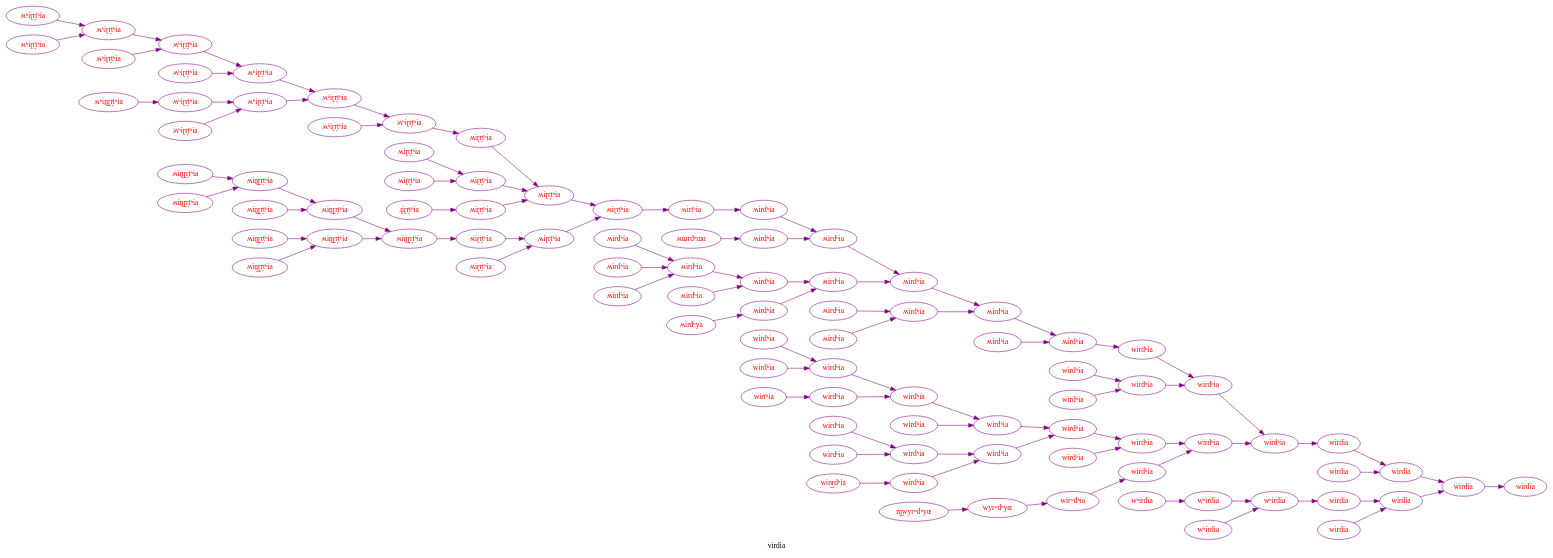
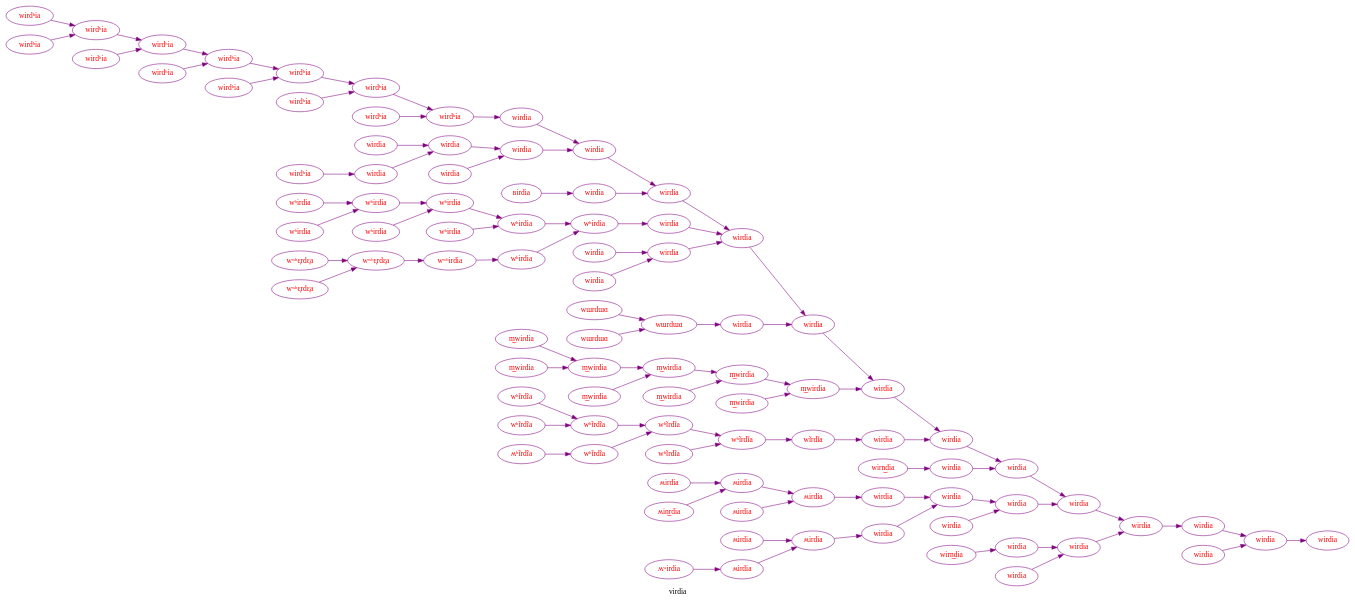
The diagram in graphe.dot (MathieuDehouck/Language_Evolution), drawn with Graphviz before and after one commit. The commit also changed 6 other files, not shown here.

```diff
--- a/graphe.dot
+++ b/graphe.dot
@@ -5,191 +5,191 @@
 edge [style="solid", color="purple"];
 0 [label="wirdia", fillcolor= white, color="purple",  fontcolor="red"];
 1 [label="wirdia", fillcolor= white, color="purple",  fontcolor="red"];
-2 [label="wirdʰia", fillcolor= white, color="purple",  fontcolor="red"];
+2 [label="wirdia", fillcolor= white, color="purple",  fontcolor="red"];
 3 [label="wirdia", fillcolor= white, color="purple",  fontcolor="red"];
-4 [label="wirdʰia", fillcolor= white, color="purple",  fontcolor="red"];
-5 [label="ʍirdʰia", fillcolor= white, color="purple",  fontcolor="red"];
-6 [label="wirdʰia", fillcolor= white, color="purple",  fontcolor="red"];
-7 [label="ʍirdʰia", fillcolor= white, color="purple",  fontcolor="red"];
-8 [label="ʍirdʰia", fillcolor= white, color="purple",  fontcolor="red"];
-9 [label="ʍirdʰia", fillcolor= white, color="purple",  fontcolor="red"];
-10 [label="ʍiɽr̟tʰia", fillcolor= white, color="purple",  fontcolor="red"];
-11 [label="ʍirtʰia", fillcolor= white, color="purple",  fontcolor="red"];
-12 [label="ʍirdʰia", fillcolor= white, color="purple",  fontcolor="red"];
-13 [label="ʍiɽr̟tʰia", fillcolor= white, color="purple",  fontcolor="red"];
-14 [label="ʍʰiɽr̟tʰia", fillcolor= white, color="purple",  fontcolor="red"];
-15 [label="ʍiɽr̟tʰia", fillcolor= white, color="purple",  fontcolor="red"];
-16 [label="ʍʰiɽr̟tʰia", fillcolor= white, color="purple",  fontcolor="red"];
-17 [label="ʍʰiɽr̟tʰia", fillcolor= white, color="purple",  fontcolor="red"];
-18 [label="ʍʰiɽr̟tʰia", fillcolor= white, color="purple",  fontcolor="red"];
-19 [label="ʍʰiɽr̟tʰia", fillcolor= white, color="purple",  fontcolor="red"];
-20 [label="ʍʰiɽr̟tʰia", fillcolor= white, color="purple",  fontcolor="red"];
-21 [label="ʍiɽr̟tʰia", fillcolor= white, color="purple",  fontcolor="red"];
-22 [label="ʍiɽr̟tʰia", fillcolor= white, color="purple",  fontcolor="red"];
-23 [label="ʍin̠͜ɽr̟tʰia", fillcolor= white, color="purple",  fontcolor="red"];
-24 [label="ʍiɽr̟tʰia", fillcolor= white, color="purple",  fontcolor="red"];
-25 [label="ʍin̠͜ɽr̟tʰia", fillcolor= white, color="purple",  fontcolor="red"];
-26 [label="ʍin̠͜ɽr̟tʰia", fillcolor= white, color="purple",  fontcolor="red"];
-27 [label="ʍin̠͜ɽr̟tʰia", fillcolor= white, color="purple",  fontcolor="red"];
-28 [label="ʍirdʰia", fillcolor= white, color="purple",  fontcolor="red"];
-29 [label="ʍirdʰia", fillcolor= white, color="purple",  fontcolor="red"];
-30 [label="ʍirdʰia", fillcolor= white, color="purple",  fontcolor="red"];
-31 [label="ʍirdʰia", fillcolor= white, color="purple",  fontcolor="red"];
-32 [label="wirdʰia", fillcolor= white, color="purple",  fontcolor="red"];
-33 [label="wirdʰia", fillcolor= white, color="purple",  fontcolor="red"];
-34 [label="wirdʰia", fillcolor= white, color="purple",  fontcolor="red"];
-35 [label="wirdʰia", fillcolor= white, color="purple",  fontcolor="red"];
-36 [label="wirdʰia", fillcolor= white, color="purple",  fontcolor="red"];
-37 [label="wirdʰia", fillcolor= white, color="purple",  fontcolor="red"];
-38 [label="wirdʰia", fillcolor= white, color="purple",  fontcolor="red"];
-39 [label="wirdʰia", fillcolor= white, color="purple",  fontcolor="red"];
-40 [label="wirdʰia", fillcolor= white, color="purple",  fontcolor="red"];
+4 [label="wirdia", fillcolor= white, color="purple",  fontcolor="red"];
+5 [label="wirdia", fillcolor= white, color="purple",  fontcolor="red"];
+6 [label="wirdia", fillcolor= white, color="purple",  fontcolor="red"];
+7 [label="wirdia", fillcolor= white, color="purple",  fontcolor="red"];
+8 [label="wirdia", fillcolor= white, color="purple",  fontcolor="red"];
+9 [label="wirdia", fillcolor= white, color="purple",  fontcolor="red"];
+10 [label="wirdia", fillcolor= white, color="purple",  fontcolor="red"];
+11 [label="wirdʰia", fillcolor= white, color="purple",  fontcolor="red"];
+12 [label="wirdia", fillcolor= white, color="purple",  fontcolor="red"];
+13 [label="wirdʰia", fillcolor= white, color="purple",  fontcolor="red"];
+14 [label="wirdʰia", fillcolor= white, color="purple",  fontcolor="red"];
+15 [label="wirdʰia", fillcolor= white, color="purple",  fontcolor="red"];
+16 [label="wirdʰia", fillcolor= white, color="purple",  fontcolor="red"];
+17 [label="wirdʰia", fillcolor= white, color="purple",  fontcolor="red"];
+18 [label="wirdia", fillcolor= white, color="purple",  fontcolor="red"];
+19 [label="wirdia", fillcolor= white, color="purple",  fontcolor="red"];
+20 [label="wʰirdia", fillcolor= white, color="purple",  fontcolor="red"];
+21 [label="wirdia", fillcolor= white, color="purple",  fontcolor="red"];
+22 [label="wʰirdia", fillcolor= white, color="purple",  fontcolor="red"];
+23 [label="wʰirdia", fillcolor= white, color="purple",  fontcolor="red"];
+24 [label="wʰirdia", fillcolor= white, color="purple",  fontcolor="red"];
+25 [label="wʷʰɛ̞rdɛ̞a", fillcolor= white, color="purple",  fontcolor="red"];
+26 [label="wʷʰirdia", fillcolor= white, color="purple",  fontcolor="red"];
+27 [label="wʰirdia", fillcolor= white, color="purple",  fontcolor="red"];
+28 [label="wirdia", fillcolor= white, color="purple",  fontcolor="red"];
+29 [label="wɯrdɯɑ", fillcolor= white, color="purple",  fontcolor="red"];
+30 [label="wirdia", fillcolor= white, color="purple",  fontcolor="red"];
+31 [label="m͜wirdia", fillcolor= white, color="purple",  fontcolor="red"];
+32 [label="m͜wirdia", fillcolor= white, color="purple",  fontcolor="red"];
+33 [label="m͜wirdia", fillcolor= white, color="purple",  fontcolor="red"];
+34 [label="m͜wirdia", fillcolor= white, color="purple",  fontcolor="red"];
+35 [label="wʰĩrdĩa", fillcolor= white, color="purple",  fontcolor="red"];
+36 [label="wĩrdĩa", fillcolor= white, color="purple",  fontcolor="red"];
+37 [label="wirdia", fillcolor= white, color="purple",  fontcolor="red"];
+38 [label="wʰĩrdĩa", fillcolor= white, color="purple",  fontcolor="red"];
+39 [label="wʰĩrdĩa", fillcolor= white, color="purple",  fontcolor="red"];
+40 [label="wirdia", fillcolor= white, color="purple",  fontcolor="red"];
 41 [label="wirdia", fillcolor= white, color="purple",  fontcolor="red"];
-42 [label="wʰirdia", fillcolor= white, color="purple",  fontcolor="red"];
+42 [label="ʍirdia", fillcolor= white, color="purple",  fontcolor="red"];
 43 [label="wirdia", fillcolor= white, color="purple",  fontcolor="red"];
-44 [label="wirdia", fillcolor= white, color="purple",  fontcolor="red"];
-45 [label="ʍʰiɽr̟tʰia", fillcolor= white, color="purple",  fontcolor="red"];
-46 [label="ʍʰiɽr̟tʰia", fillcolor= white, color="purple",  fontcolor="red"];
-47 [label="ʍʰiɽr̟tʰia", fillcolor= white, color="purple",  fontcolor="red"];
-48 [label="ʍʰiɽr̟tʰia", fillcolor= white, color="purple",  fontcolor="red"];
-49 [label="ʍʰin̠͜ɽr̟tʰia", fillcolor= white, color="purple",  fontcolor="red"];
-50 [label="ʍʰiɽr̟tʰia", fillcolor= white, color="purple",  fontcolor="red"];
-51 [label="ʍʰiɽr̟tʰia", fillcolor= white, color="purple",  fontcolor="red"];
-52 [label="ʍʰiɽr̟tʰia", fillcolor= white, color="purple",  fontcolor="red"];
-53 [label="ʍiɽr̟tʰia", fillcolor= white, color="purple",  fontcolor="red"];
-54 [label="ʍiɽr̟tʰia", fillcolor= white, color="purple",  fontcolor="red"];
-55 [label="ɹ̥̟iɽr̟tʰia", fillcolor= white, color="purple",  fontcolor="red"];
-56 [label="ʍiɽr̟tʰia", fillcolor= white, color="purple",  fontcolor="red"];
-57 [label="ʍin̠͜ɽr̟tʰia", fillcolor= white, color="purple",  fontcolor="red"];
-58 [label="ʍin̠͜ɽr̟tʰia", fillcolor= white, color="purple",  fontcolor="red"];
-59 [label="ʍin̠͜ɽr̟tʰia", fillcolor= white, color="purple",  fontcolor="red"];
-60 [label="ʍin̠͜ɽr̟tʰia", fillcolor= white, color="purple",  fontcolor="red"];
-61 [label="ʍin̠͜ɽr̟tʰia", fillcolor= white, color="purple",  fontcolor="red"];
-62 [label="ʍiɽr̟tʰia", fillcolor= white, color="purple",  fontcolor="red"];
-63 [label="ʍɯrdʰɯɑ", fillcolor= white, color="purple",  fontcolor="red"];
-64 [label="ʍirdʰia", fillcolor= white, color="purple",  fontcolor="red"];
-65 [label="ʍirdʰia", fillcolor= white, color="purple",  fontcolor="red"];
-66 [label="ʍirdʰia", fillcolor= white, color="purple",  fontcolor="red"];
-67 [label="ʍirdʰia", fillcolor= white, color="purple",  fontcolor="red"];
-68 [label="ʍirdʰia", fillcolor= white, color="purple",  fontcolor="red"];
-69 [label="ʍirdʰya", fillcolor= white, color="purple",  fontcolor="red"];
-70 [label="ʍirdʰia", fillcolor= white, color="purple",  fontcolor="red"];
-71 [label="ʍirdʰia", fillcolor= white, color="purple",  fontcolor="red"];
-72 [label="ʍirdʰia", fillcolor= white, color="purple",  fontcolor="red"];
-73 [label="ʍirdʰia", fillcolor= white, color="purple",  fontcolor="red"];
-74 [label="wirdʰia", fillcolor= white, color="purple",  fontcolor="red"];
-75 [label="wirdʰia", fillcolor= white, color="purple",  fontcolor="red"];
-76 [label="wirdʰia", fillcolor= white, color="purple",  fontcolor="red"];
-77 [label="wirdʰia", fillcolor= white, color="purple",  fontcolor="red"];
-78 [label="wirtʰia", fillcolor= white, color="purple",  fontcolor="red"];
-79 [label="wirdʰia", fillcolor= white, color="purple",  fontcolor="red"];
-80 [label="wirdʰia", fillcolor= white, color="purple",  fontcolor="red"];
-81 [label="wirdʰia", fillcolor= white, color="purple",  fontcolor="red"];
-82 [label="wirdʰia", fillcolor= white, color="purple",  fontcolor="red"];
-83 [label="win͜rdʰia", fillcolor= white, color="purple",  fontcolor="red"];
-84 [label="wirdʰia", fillcolor= white, color="purple",  fontcolor="red"];
-85 [label="wirdʰia", fillcolor= white, color="purple",  fontcolor="red"];
-86 [label="m͜wyrʷdʰyɶ", fillcolor= white, color="purple",  fontcolor="red"];
-87 [label="wyrʷdʰyɶ", fillcolor= white, color="purple",  fontcolor="red"];
-88 [label="wirʷdʰia", fillcolor= white, color="purple",  fontcolor="red"];
-89 [label="wirdʰia", fillcolor= white, color="purple",  fontcolor="red"];
+44 [label="ʍirdia", fillcolor= white, color="purple",  fontcolor="red"];
+45 [label="ʍirdia", fillcolor= white, color="purple",  fontcolor="red"];
+46 [label="wirdia", fillcolor= white, color="purple",  fontcolor="red"];
+47 [label="wirdia", fillcolor= white, color="purple",  fontcolor="red"];
+48 [label="wirdia", fillcolor= white, color="purple",  fontcolor="red"];
+49 [label="wirdʰia", fillcolor= white, color="purple",  fontcolor="red"];
+50 [label="wirdʰia", fillcolor= white, color="purple",  fontcolor="red"];
+51 [label="wirdʰia", fillcolor= white, color="purple",  fontcolor="red"];
+52 [label="wirdʰia", fillcolor= white, color="purple",  fontcolor="red"];
+53 [label="wirdʰia", fillcolor= white, color="purple",  fontcolor="red"];
+54 [label="wirdʰia", fillcolor= white, color="purple",  fontcolor="red"];
+55 [label="wirdʰia", fillcolor= white, color="purple",  fontcolor="red"];
+56 [label="wirdia", fillcolor= white, color="purple",  fontcolor="red"];
+57 [label="wirdʰia", fillcolor= white, color="purple",  fontcolor="red"];
+58 [label="wirdia", fillcolor= white, color="purple",  fontcolor="red"];
+59 [label="wirdia", fillcolor= white, color="purple",  fontcolor="red"];
+60 [label="ʙirdia", fillcolor= white, color="purple",  fontcolor="red"];
+61 [label="wirdia", fillcolor= white, color="purple",  fontcolor="red"];
+62 [label="wʰirdia", fillcolor= white, color="purple",  fontcolor="red"];
+63 [label="wʰirdia", fillcolor= white, color="purple",  fontcolor="red"];
+64 [label="wʰirdia", fillcolor= white, color="purple",  fontcolor="red"];
+65 [label="wʰirdia", fillcolor= white, color="purple",  fontcolor="red"];
+66 [label="wʷʰɛ̞rdɛ̞a", fillcolor= white, color="purple",  fontcolor="red"];
+67 [label="wʷʰɛ̞rdɛ̞a", fillcolor= white, color="purple",  fontcolor="red"];
+68 [label="wirdia", fillcolor= white, color="purple",  fontcolor="red"];
+69 [label="wirdia", fillcolor= white, color="purple",  fontcolor="red"];
+70 [label="wɯrdɯɑ", fillcolor= white, color="purple",  fontcolor="red"];
+71 [label="wɯrdɯɑ", fillcolor= white, color="purple",  fontcolor="red"];
+72 [label="m͜wirdia", fillcolor= white, color="purple",  fontcolor="red"];
+73 [label="m͜wirdia", fillcolor= white, color="purple",  fontcolor="red"];
+74 [label="m͜wirdia", fillcolor= white, color="purple",  fontcolor="red"];
+75 [label="m͜wirdia", fillcolor= white, color="purple",  fontcolor="red"];
+76 [label="m͜wirdia", fillcolor= white, color="purple",  fontcolor="red"];
+77 [label="wʰĩrdĩa", fillcolor= white, color="purple",  fontcolor="red"];
+78 [label="wʰĩrdĩa", fillcolor= white, color="purple",  fontcolor="red"];
+79 [label="ʍʰĩrdĩa", fillcolor= white, color="purple",  fontcolor="red"];
+80 [label="wʰĩrdĩa", fillcolor= white, color="purple",  fontcolor="red"];
+81 [label="wʰĩrdĩa", fillcolor= white, color="purple",  fontcolor="red"];
+82 [label="wirn͜dia", fillcolor= white, color="purple",  fontcolor="red"];
+83 [label="wirdia", fillcolor= white, color="purple",  fontcolor="red"];
+84 [label="ʍirdia", fillcolor= white, color="purple",  fontcolor="red"];
+85 [label="ʍin͜rdia", fillcolor= white, color="purple",  fontcolor="red"];
+86 [label="ʍirdia", fillcolor= white, color="purple",  fontcolor="red"];
+87 [label="ʍirdia", fillcolor= white, color="purple",  fontcolor="red"];
+88 [label="ʍʷirdia", fillcolor= white, color="purple",  fontcolor="red"];
+89 [label="ʍirdia", fillcolor= white, color="purple",  fontcolor="red"];
 90 [label="wirdia", fillcolor= white, color="purple",  fontcolor="red"];
-91 [label="wʰirdia", fillcolor= white, color="purple",  fontcolor="red"];
-92 [label="wʰirdia", fillcolor= white, color="purple",  fontcolor="red"];
-93 [label="wʰirdia", fillcolor= white, color="purple",  fontcolor="red"];
+91 [label="wirn͜dia", fillcolor= white, color="purple",  fontcolor="red"];
+92 [label="wirdia", fillcolor= white, color="purple",  fontcolor="red"];
+93 [label="wirdia", fillcolor= white, color="purple",  fontcolor="red"];
 94 [label="wirdia", fillcolor= white, color="purple",  fontcolor="red"];
-0 -> 44;
-1 -> 0;
-2 -> 3;
+0 -> 48;
+1 -> 2;
+2 -> 0;
 3 -> 1;
-4 -> 2;
-5 -> 6;
-6 -> 4;
-7 -> 5;
+4 -> 3;
+5 -> 4;
+6 -> 5;
+7 -> 6;
 8 -> 7;
 9 -> 8;
-10 -> 11;
+10 -> 9;
 11 -> 12;
-12 -> 9;
-13 -> 10;
-14 -> 15;
-15 -> 13;
-16 -> 14;
+12 -> 10;
+13 -> 11;
+14 -> 13;
+15 -> 14;
+16 -> 15;
 17 -> 16;
-18 -> 17;
+18 -> 10;
 19 -> 18;
-20 -> 16;
-21 -> 13;
-22 -> 10;
-23 -> 24;
-24 -> 22;
-25 -> 23;
-26 -> 25;
-27 -> 23;
+20 -> 21;
+21 -> 8;
+22 -> 20;
+23 -> 22;
+24 -> 23;
+25 -> 26;
+26 -> 27;
+27 -> 20;
 28 -> 8;
-29 -> 28;
-30 -> 29;
-31 -> 7;
-32 -> 4;
-33 -> 2;
+29 -> 30;
+30 -> 7;
+31 -> 6;
+32 -> 31;
+33 -> 32;
 34 -> 33;
-35 -> 34;
-36 -> 35;
-37 -> 36;
-38 -> 37;
-39 -> 35;
-40 -> 39;
-41 -> 0;
+35 -> 36;
+36 -> 37;
+37 -> 5;
+38 -> 35;
+39 -> 38;
+40 -> 3;
+41 -> 40;
 42 -> 43;
 43 -> 41;
-45 -> 18;
-46 -> 19;
-47 -> 19;
-48 -> 17;
-49 -> 50;
-50 -> 20;
-51 -> 20;
-52 -> 14;
-53 -> 21;
-54 -> 21;
-55 -> 56;
-56 -> 13;
-57 -> 26;
-58 -> 26;
-59 -> 25;
-60 -> 27;
-61 -> 27;
+44 -> 42;
+45 -> 46;
+46 -> 41;
+47 -> 1;
+49 -> 17;
+50 -> 17;
+51 -> 16;
+52 -> 15;
+53 -> 14;
+54 -> 13;
+55 -> 11;
+56 -> 19;
+57 -> 58;
+58 -> 19;
+59 -> 18;
+60 -> 61;
+61 -> 9;
 62 -> 22;
-63 -> 64;
-64 -> 9;
-65 -> 30;
-66 -> 30;
-67 -> 30;
-68 -> 29;
-69 -> 70;
-70 -> 28;
-71 -> 31;
-72 -> 31;
-73 -> 5;
-74 -> 32;
+63 -> 24;
+64 -> 24;
+65 -> 23;
+66 -> 25;
+67 -> 25;
+68 -> 28;
+69 -> 28;
+70 -> 29;
+71 -> 29;
+72 -> 34;
+73 -> 34;
+74 -> 33;
 75 -> 32;
-76 -> 38;
-77 -> 38;
-78 -> 79;
-79 -> 37;
-80 -> 36;
-81 -> 40;
-82 -> 40;
-83 -> 84;
-84 -> 39;
-85 -> 34;
-86 -> 87;
-87 -> 88;
+76 -> 31;
+77 -> 39;
+78 -> 39;
+79 -> 80;
+80 -> 38;
+81 -> 35;
+82 -> 83;
+83 -> 4;
+84 -> 44;
+85 -> 44;
+86 -> 42;
+87 -> 45;
 88 -> 89;
-89 -> 33;
-90 -> 1;
+89 -> 45;
+90 -> 40;
 91 -> 92;
-92 -> 42;
-93 -> 42;
-94 -> 41;
+92 -> 47;
+93 -> 47;
+94 -> 0;
 }
```
